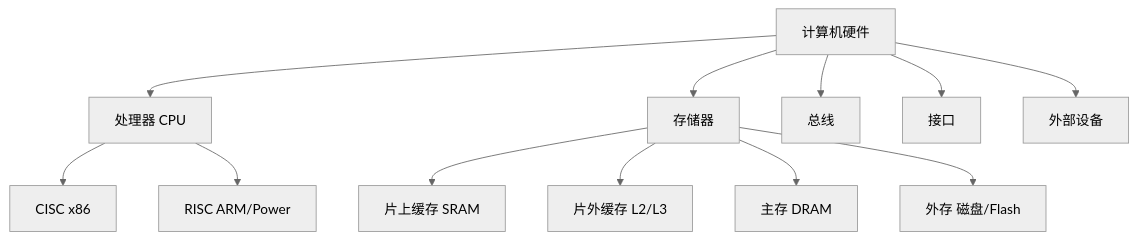
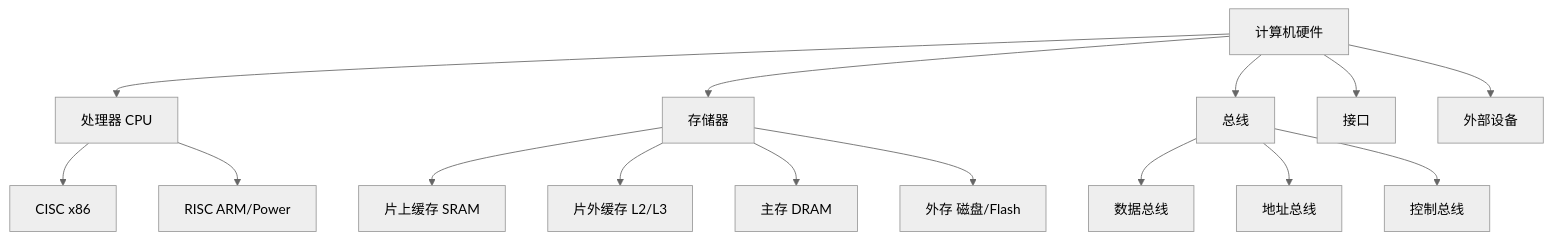
The second of 18 diagrams in server/internal/seed/markdown/ch02.md (Norman-pong/architect-prep), drawn with Mermaid (neutral theme) before and after one commit. The commit also changed other lines of this file and 29 other files, not shown here.

````diff
--- a/server/internal/seed/markdown/ch02.md
+++ b/server/internal/seed/markdown/ch02.md
@@ -14,14 +53,17 @@
 ```mermaid
 graph TD
     A[计算机硬件] --> B[处理器 CPU]
     A --> C[存储器]
     A --> D[总线]
     A --> E[接口]
     A --> F[外部设备]
     C --> C1[片上缓存 SRAM]
     C --> C2[片外缓存 L2/L3]
     C --> C3[主存 DRAM]
     C --> C4[外存 磁盘/Flash]
     B --> B1[CISC x86]
     B --> B2[RISC ARM/Power]
+    D --> D1[数据总线]
+    D --> D2[地址总线]
+    D --> D3[控制总线]
 ```
````
